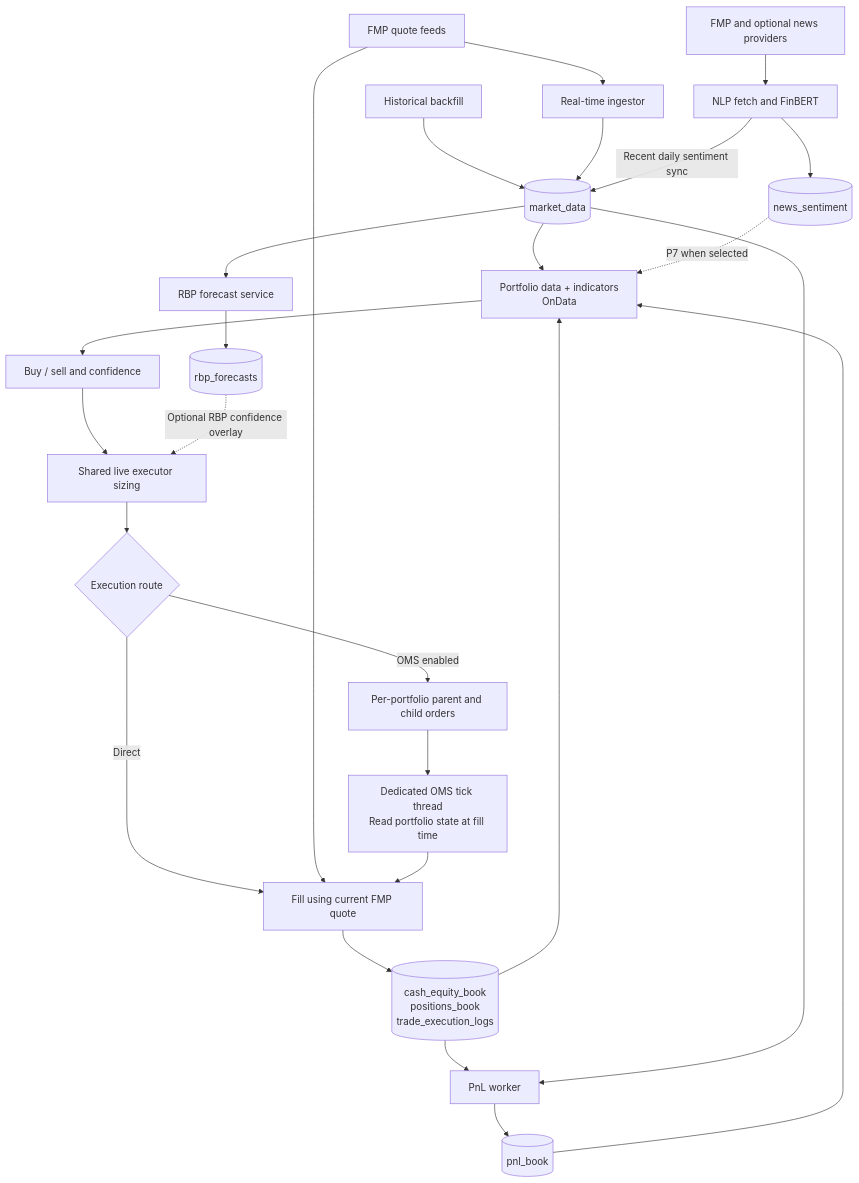
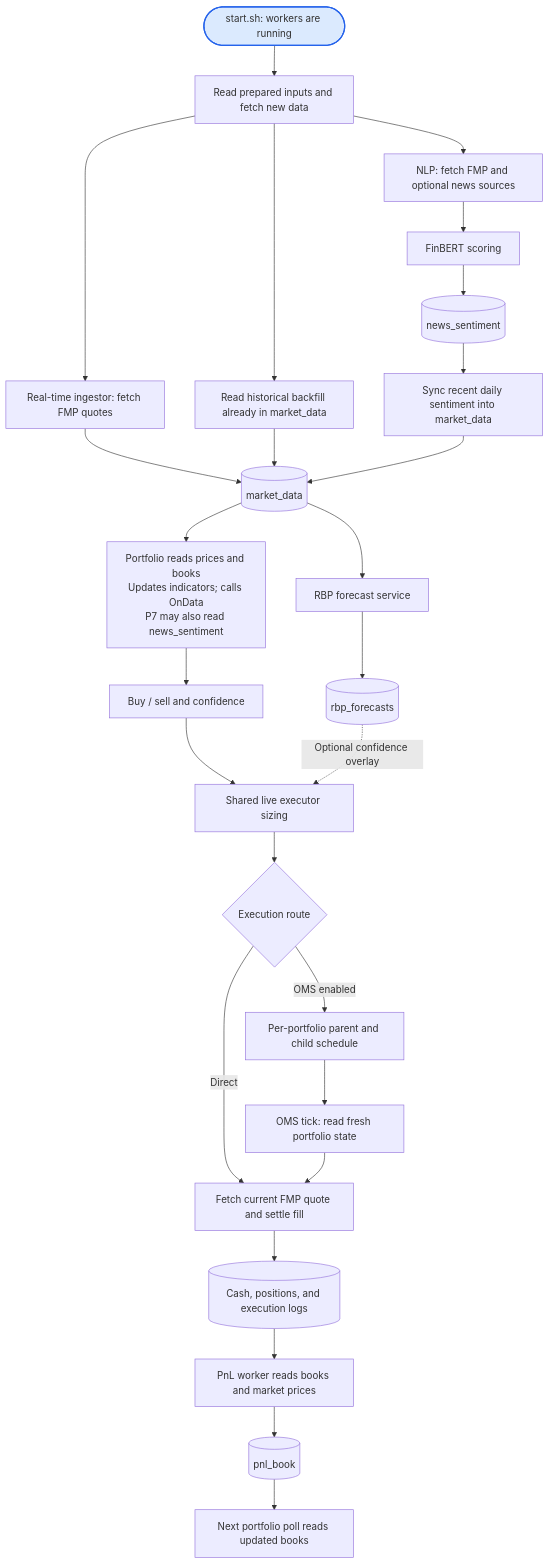
Before and after one commit to MUNQuantSociety/MQSMaster: the second of 3 diagrams in docs/workflows/live_trading_workflow.md, drawn with Mermaid. The commit also changed other lines of this file and 12 other files, not shown here.

Commit message:
docs: make workflow diagrams top-down hierarchies

````diff
--- a/docs/workflows/live_trading_workflow.md
+++ b/docs/workflows/live_trading_workflow.md
@@ -39,28 +43,29 @@
 ```mermaid
 flowchart TD
-    FMP["FMP quote feeds"] --> ING["Real-time ingestor"]
-    BF["Historical backfill"] --> MD[("market_data")]
-    ING --> MD
-    MD --> STRAT["Portfolio data + indicators<br/>OnData"]
-    NEWS["FMP and optional news providers"] --> NLP["NLP fetch and FinBERT"]
+    START(["start.sh: workers are running"]) --> INPUTS["Read prepared inputs and fetch new data"]
+    INPUTS --> PRICES["Real-time ingestor: fetch FMP quotes"]
+    INPUTS --> HISTORY["Read historical backfill already in market_data"]
+    INPUTS --> NEWS["NLP: fetch FMP and optional news sources"]
+    PRICES --> MD[("market_data")]
+    HISTORY --> MD
+    NEWS --> NLP["FinBERT scoring"]
     NLP --> NS[("news_sentiment")]
-    NLP -->|"Recent daily sentiment sync"| MD
-    NS -.->|"P7 when selected"| STRAT
+    NS --> SYNC["Sync recent daily sentiment into market_data"]
+    SYNC --> MD
+    MD --> STRAT["Portfolio reads prices and books<br/>Updates indicators; calls OnData<br/>P7 may also read news_sentiment"]
     MD --> RBP["RBP forecast service"]
     RBP --> FC[("rbp_forecasts")]
     STRAT --> SIGNAL["Buy / sell and confidence"]
     SIGNAL --> SIZE["Shared live executor sizing"]
-    FC -.->|"Optional RBP confidence overlay"| SIZE
+    FC -.->|"Optional confidence overlay"| SIZE
     SIZE --> ROUTE{"Execution route"}
-    ROUTE -->|Direct| FILL["Fill using current FMP quote"]
-    FMP --> FILL
-    ROUTE -->|OMS enabled| OMS["Per-portfolio parent and child orders"]
-    OMS --> PUMP["Dedicated OMS tick thread<br/>Read portfolio state at fill time"]
+    ROUTE -->|Direct| FILL["Fetch current FMP quote and settle fill"]
+    ROUTE -->|OMS enabled| OMS["Per-portfolio parent and child schedule"]
+    OMS --> PUMP["OMS tick: read fresh portfolio state"]
     PUMP --> FILL
-    FILL --> BOOKS[("cash_equity_book<br/>positions_book<br/>trade_execution_logs")]
-    BOOKS --> PNL["PnL worker"]
-    MD --> PNL
+    FILL --> BOOKS[("Cash, positions, and execution logs")]
+    BOOKS --> PNL["PnL worker reads books and market prices"]
     PNL --> PB[("pnl_book")]
-    BOOKS --> STRAT
-    PB --> STRAT
+    PB --> NEXT["Next portfolio poll reads updated books"]
+    style START fill:#dbeafe,stroke:#2563eb,stroke-width:2px
 ```
````
